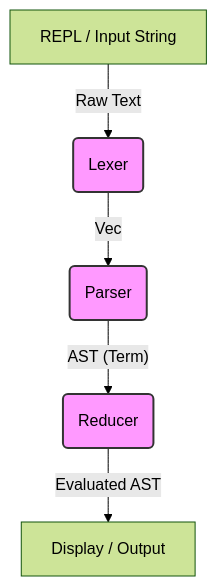
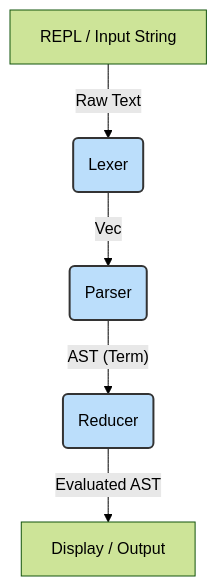
One commit to Avrhambi/lambda-interpreter changed the diagram in README.md. Above: the diagram before and after it, drawn with Mermaid (forest theme).

Commit message:
docs: change mermaid diagram color to blue

````diff
--- a/README.md
+++ b/README.md
@@ -11,10 +11,10 @@
 ```mermaid
 graph TD
     A["REPL / Input String"] -->|"Raw Text"| B(Lexer)
     B -->|"Vec<Token>"| C(Parser)
     C -->|"AST (Term)"| D(Reducer)
     D -->|"Evaluated AST"| E["Display / Output"]
     
-    classDef component fill:#f9f,stroke:#333,stroke-width:2px;
+    classDef component fill:#bbdefb,stroke:#333,stroke-width:2px;
     class B,C,D component;
 ```
````
